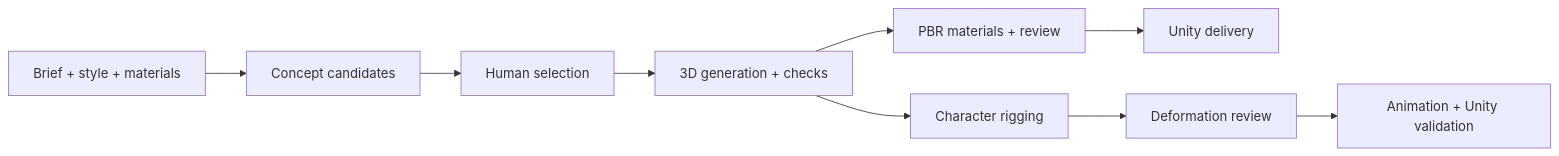
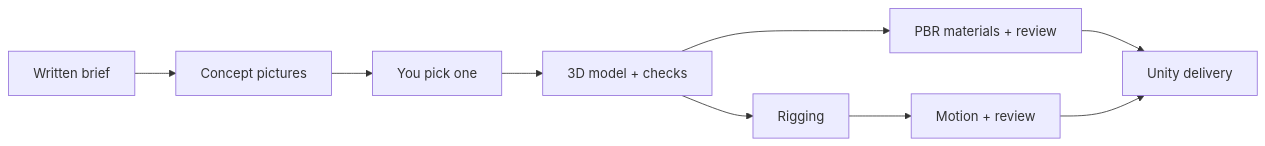
One commit to gysahlgreene/SlopForge changed the diagram in README.md. Above: the diagram before and after it, drawn with Mermaid. The commit also changed other lines of this file and 9 other files, not shown here.

````diff
--- a/README.md
+++ b/README.md
@@ -286,11 +38,11 @@
 ```mermaid
 flowchart LR
-    Brief[Brief + style + materials] --> Concept[Concept candidates]
-    Concept --> Review[Human selection]
-    Review --> Mesh[3D generation + checks]
+    Brief[Written brief] --> Concept[Concept pictures]
+    Concept --> Pick[You pick one]
+    Pick --> Mesh[3D model + checks]
     Mesh --> Materials[PBR materials + review]
     Materials --> Unity[Unity delivery]
-    Mesh --> Rig[Character rigging]
-    Rig --> Motion[Deformation review]
-    Motion --> Playback[Animation + Unity validation]
+    Mesh --> Rig[Rigging]
+    Rig --> Motion[Motion + review]
+    Motion --> Unity
 ```
````
